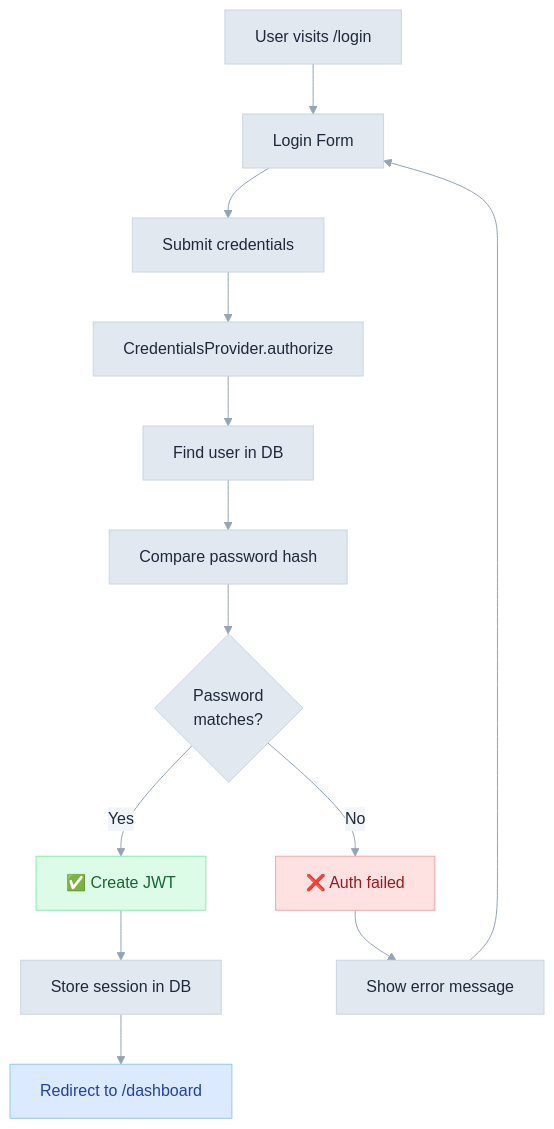
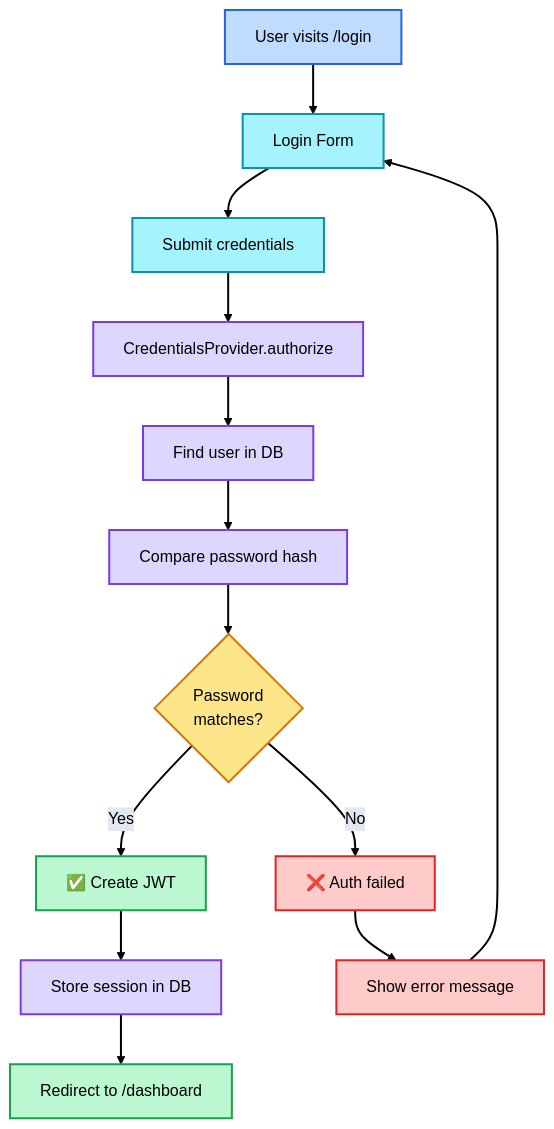
The second of 5 diagrams in doc/authentication-guide.md (3DHDSoft/devmultiplier-academy), drawn with Mermaid before and after one commit. The commit also changed other lines of this file and 17 other files, not shown here.

````diff
--- a/doc/authentication-guide.md
+++ b/doc/authentication-guide.md
@@ -55,32 +67,45 @@
 ```mermaid
 %%{init: {'theme': 'base', 'themeVariables': {
-  'primaryColor': '#e2e8f0',
-  'primaryTextColor': '#1e293b',
-  'primaryBorderColor': '#cbd5e1',
-  'lineColor': '#94a3b8',
-  'secondaryColor': '#f1f5f9',
-  'tertiaryColor': '#f8fafc',
+  'primaryColor': '#bfdbfe',
+  'primaryTextColor': '#000000',
+  'primaryBorderColor': '#3b82f6',
+  'lineColor': '#000000',
+  'secondaryColor': '#ddd6fe',
+  'tertiaryColor': '#a5f3fc',
   'background': '#ffffff',
-  'textColor': '#334155',
+  'textColor': '#000000',
+  'edgeLabelBackground': '#e2e8f0',
   'fontFamily': 'system-ui, -apple-system, sans-serif'
-}}}%%graph TD
+}}}%%
+graph TD
     Start["User visits /login"] --> Form["Login Form"]
     Form --> Submit["Submit credentials"]
     Submit --> Validate["CredentialsProvider.authorize"]
 
     Validate --> FindUser["Find user in DB"]
     FindUser --> Hash["Compare password hash"]
 
     Hash --> Match{Password<br/>matches?}
     Match -->|No| Fail["❌ Auth failed"]
     Match -->|Yes| Success["✅ Create JWT"]
 
     Success --> Session["Store session in DB"]
     Session --> Redirect["Redirect to /dashboard"]
     Fail --> Error["Show error message"]
     Error --> Form
 
-    style Success fill:#dcfce7,stroke:#86efac,color:#166534
-    style Fail fill:#fee2e2,stroke:#fca5a5,color:#991b1b
-    style Redirect fill:#dbeafe,stroke:#93c5fd,color:#1e40af
+    style Start fill:#bfdbfe,stroke:#2563eb,color:#000000,stroke-width:2px
+    style Form fill:#a5f3fc,stroke:#0891b2,color:#000000,stroke-width:2px
+    style Submit fill:#a5f3fc,stroke:#0891b2,color:#000000,stroke-width:2px
+    style Validate fill:#ddd6fe,stroke:#7c3aed,color:#000000,stroke-width:2px
+    style FindUser fill:#ddd6fe,stroke:#7c3aed,color:#000000,stroke-width:2px
+    style Hash fill:#ddd6fe,stroke:#7c3aed,color:#000000,stroke-width:2px
+    style Match fill:#fde68a,stroke:#d97706,color:#000000,stroke-width:2px
+    style Success fill:#bbf7d0,stroke:#16a34a,color:#000000,stroke-width:2px
+    style Fail fill:#fecaca,stroke:#dc2626,color:#000000,stroke-width:2px
+    style Session fill:#ddd6fe,stroke:#7c3aed,color:#000000,stroke-width:2px
+    style Redirect fill:#bbf7d0,stroke:#16a34a,color:#000000,stroke-width:2px
+    style Error fill:#fecaca,stroke:#dc2626,color:#000000,stroke-width:2px
+
+    linkStyle default stroke:#000000,stroke-width:2px
 ```
````
